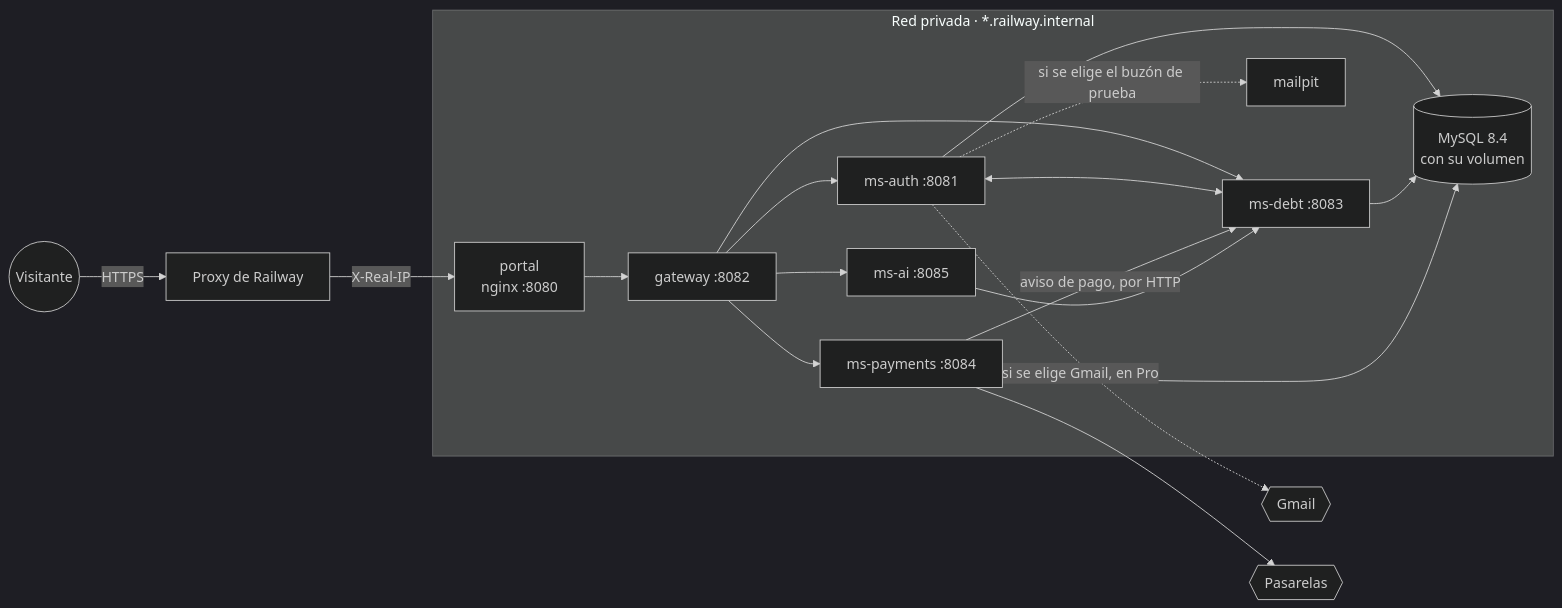
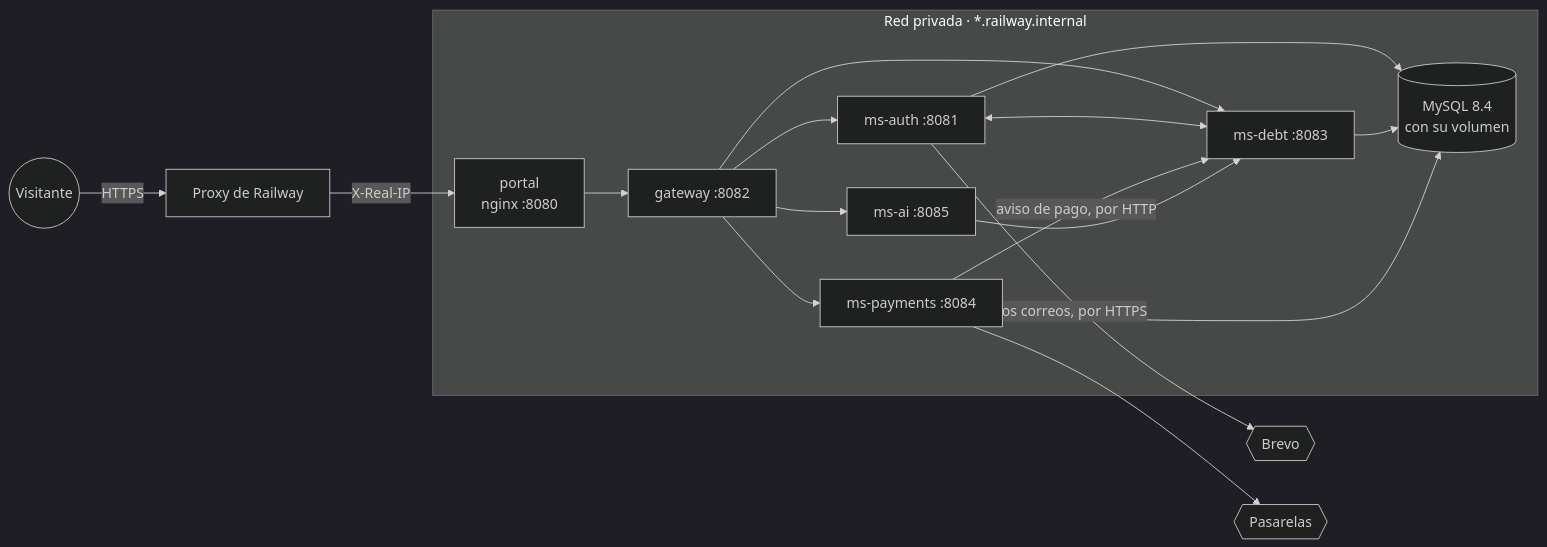
Before and after one commit to TechnicalBridge/DataBridge: the third of 3 diagrams in docs/diagramas/despliegue.md, drawn with Mermaid (dark theme). The commit also changed other lines of this file and 16 other files, not shown here.

Commit message:
feat(ms-auth): Mandar los correos por la API de Brevo

````diff
--- a/docs/diagramas/despliegue.md
+++ b/docs/diagramas/despliegue.md
@@ -170,19 +170,18 @@
 ```mermaid
 flowchart LR
     V(("Visitante")) -->|"HTTPS"| PX["Proxy de Railway"]
     PX -->|"X-Real-IP"| POR["portal<br/>nginx :8080"]
     subgraph PRIV["Red privada · *.railway.internal"]
         POR --> GW["gateway :8082"]
         GW --> AUTH["ms-auth :8081"]
         GW --> DEBT["ms-debt :8083"]
         GW --> PAY["ms-payments :8084"]
         GW --> AI["ms-ai :8085"]
         AUTH <--> DEBT
         PAY -->|"aviso de pago, por HTTP"| DEBT
         AI --> DEBT
         AUTH & DEBT & PAY --> MY[("MySQL 8.4<br/>con su volumen")]
-        AUTH -.->|"si se elige el buzón de prueba"| MP["mailpit"]
     end
-    AUTH -.->|"si se elige Gmail, en Pro"| SMTP{{"Gmail"}}
+    AUTH -->|"los correos, por HTTPS"| BRE{{"Brevo"}}
     PAY --> PAS{{"Pasarelas"}}
 ```
````
